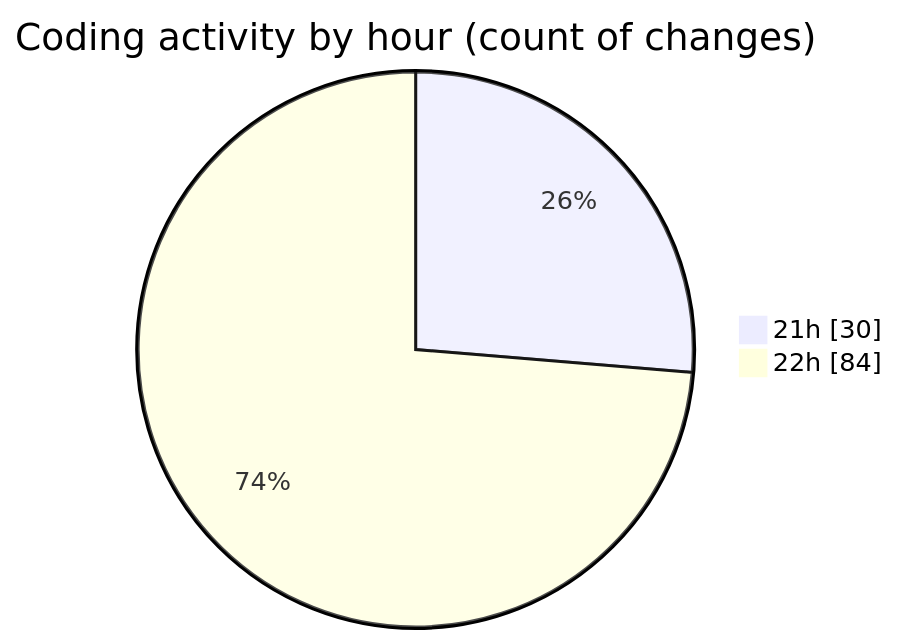
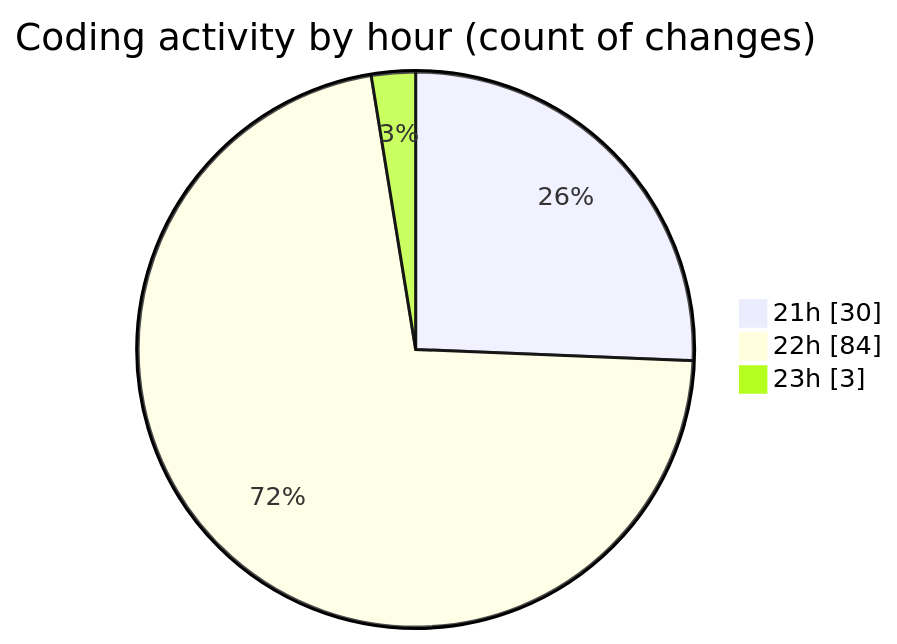
The second of 2 diagrams in 2026-01-02/dsa/README.md (Ritupan-Deka/code-tracking), drawn with Mermaid before and after one commit. The commit also changed other lines of this file and 1 other file, not shown here.

````diff
--- a/2026-01-02/dsa/README.md
+++ b/2026-01-02/dsa/README.md
@@ -31,6 +31,7 @@
 ```mermaid
 pie showData
 title Coding activity by hour (count of changes)
 "21h" : 30
 "22h" : 84
+"23h" : 3
 ```
````
